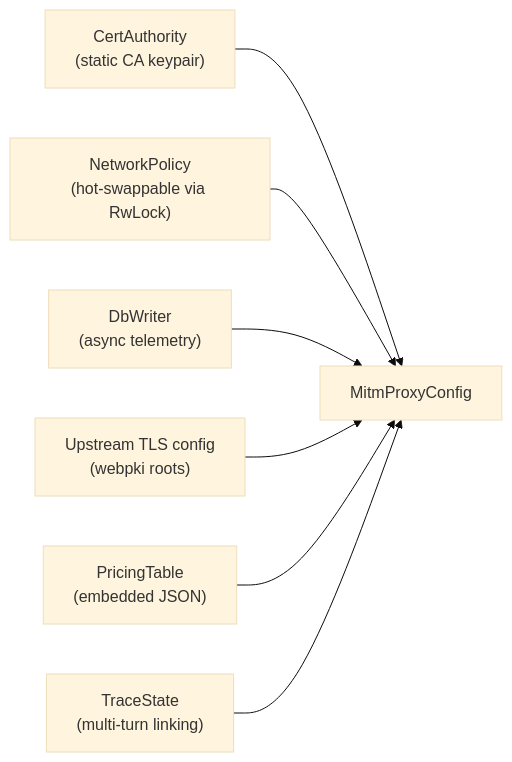
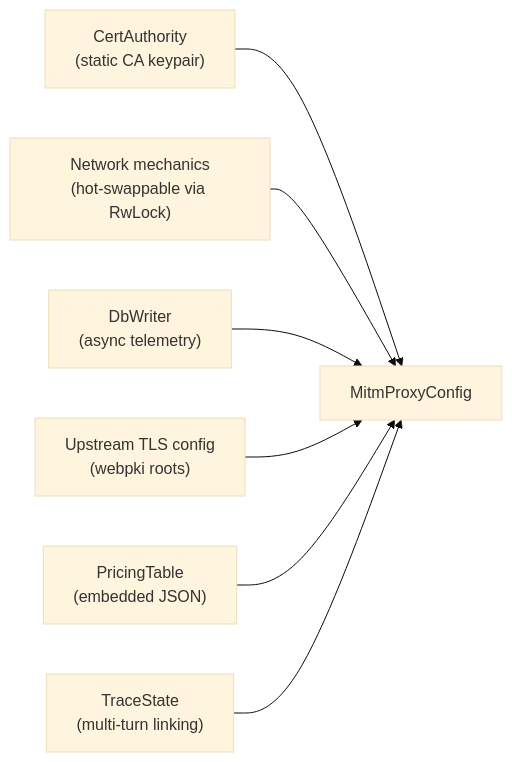
Before and after one commit to google/capsem: the second of 5 diagrams in docs/src/content/docs/architecture/mitm-proxy.md, drawn with Mermaid (base theme). The commit also changed other lines of this file and 16 other files, not shown here.

````diff
--- a/docs/src/content/docs/architecture/mitm-proxy.md
+++ b/docs/src/content/docs/architecture/mitm-proxy.md
@@ -39,16 +36,16 @@
 ```mermaid
 graph LR
     CA["CertAuthority<br/>(static CA keypair)"]
-    POL["NetworkPolicy<br/>(hot-swappable via RwLock)"]
+    POL["Network mechanics<br/>(hot-swappable via RwLock)"]
     DB["DbWriter<br/>(async telemetry)"]
     TLS["Upstream TLS config<br/>(webpki roots)"]
     PRICE["PricingTable<br/>(embedded JSON)"]
     TRACE["TraceState<br/>(multi-turn linking)"]
 
     CA --> CFG["MitmProxyConfig"]
     POL --> CFG
     DB --> CFG
     TLS --> CFG
     PRICE --> CFG
     TRACE --> CFG
 ```
````
